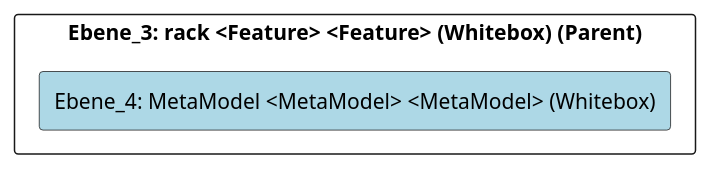
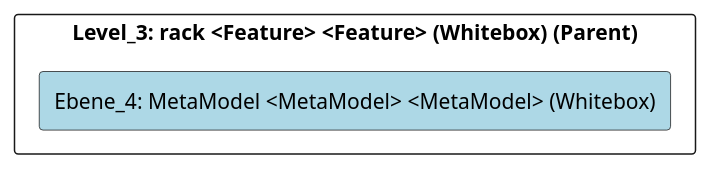
The diagram in doc/cleonproject_deliverables_architecture_model_architecture/adoc/de/05_bausteinsicht/cleon/modeling_languages/rack/metamodel/ebene_4_metamodel.adoc (marcozwyssig/cleon), drawn with PlantUML before and after one commit. The commit also changed other lines of this file and 169 other files, not shown here.

```diff
--- a/doc/cleonproject_deliverables_architecture_model_architecture/adoc/de/05_bausteinsicht/cleon/modeling_languages/rack/metamodel/ebene_4_metamodel.adoc
+++ b/doc/cleonproject_deliverables_architecture_model_architecture/adoc/de/05_bausteinsicht/cleon/modeling_languages/rack/metamodel/ebene_4_metamodel.adoc
@@ -24,24 +24,24 @@
 [plantuml, Ebene_4: MetaModel <MetaModel> <MetaModel> (Whitebox)BlockOverview, format="svg"]
 ----
 @startuml Ebene_4: MetaModel <MetaModel> <MetaModel> (Whitebox)BuildingBlockOverview
 
 skinparam ranksep 10
 skinparam componentStyle rectangle
 skinparam shadowing false
 skinparam arrowColor lightblue
 skinparam arrowThickness 1.2
 skinparam rectangle {
   BackgroundColor White
   BorderColor #333
   RoundCorner 10
 }
 top to bottom direction
 
-component "Ebene_3: rack <Feature> <Feature> (Whitebox) (Parent)" {
+component "Level_3: rack <Feature> <Feature> (Whitebox) (Parent)" {
     component "Ebene_4: MetaModel <MetaModel> <MetaModel> (Whitebox)" #lightblue {
     }
 
 }
 
 @enduml
 ----
```
